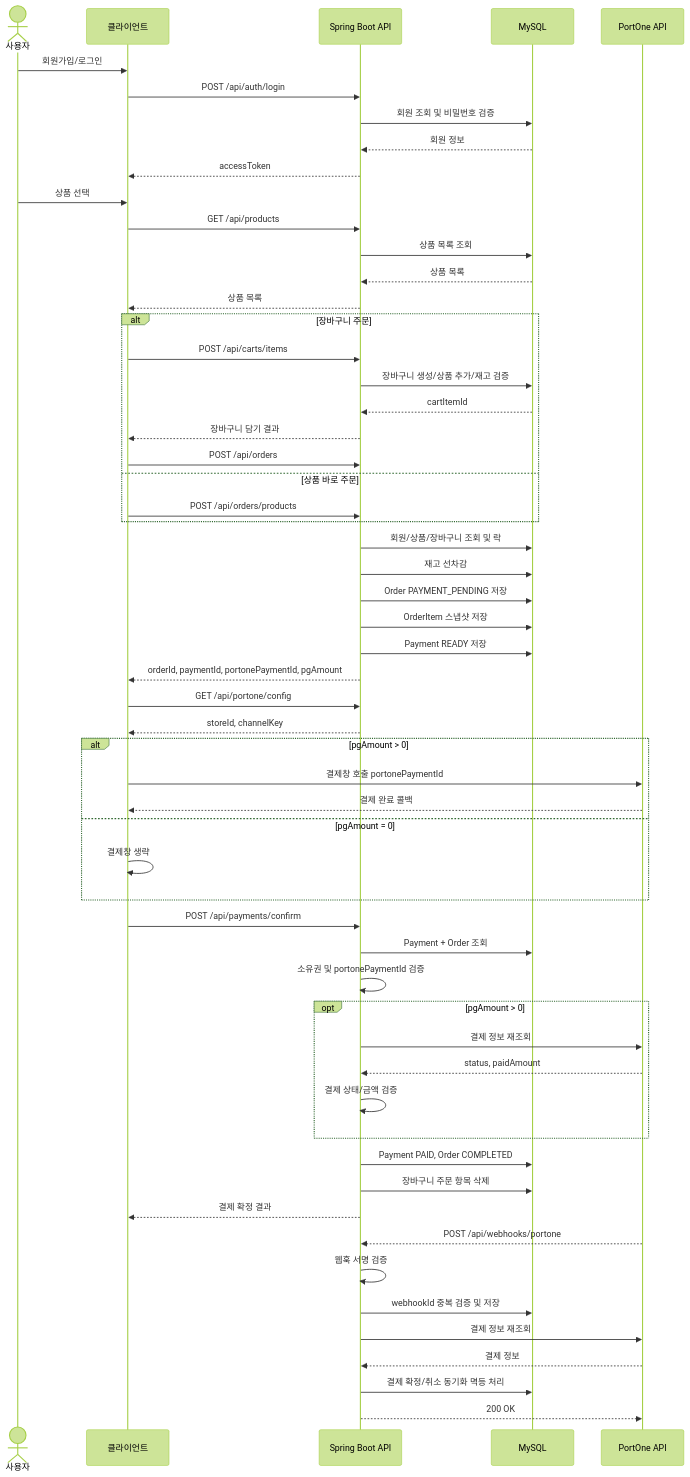
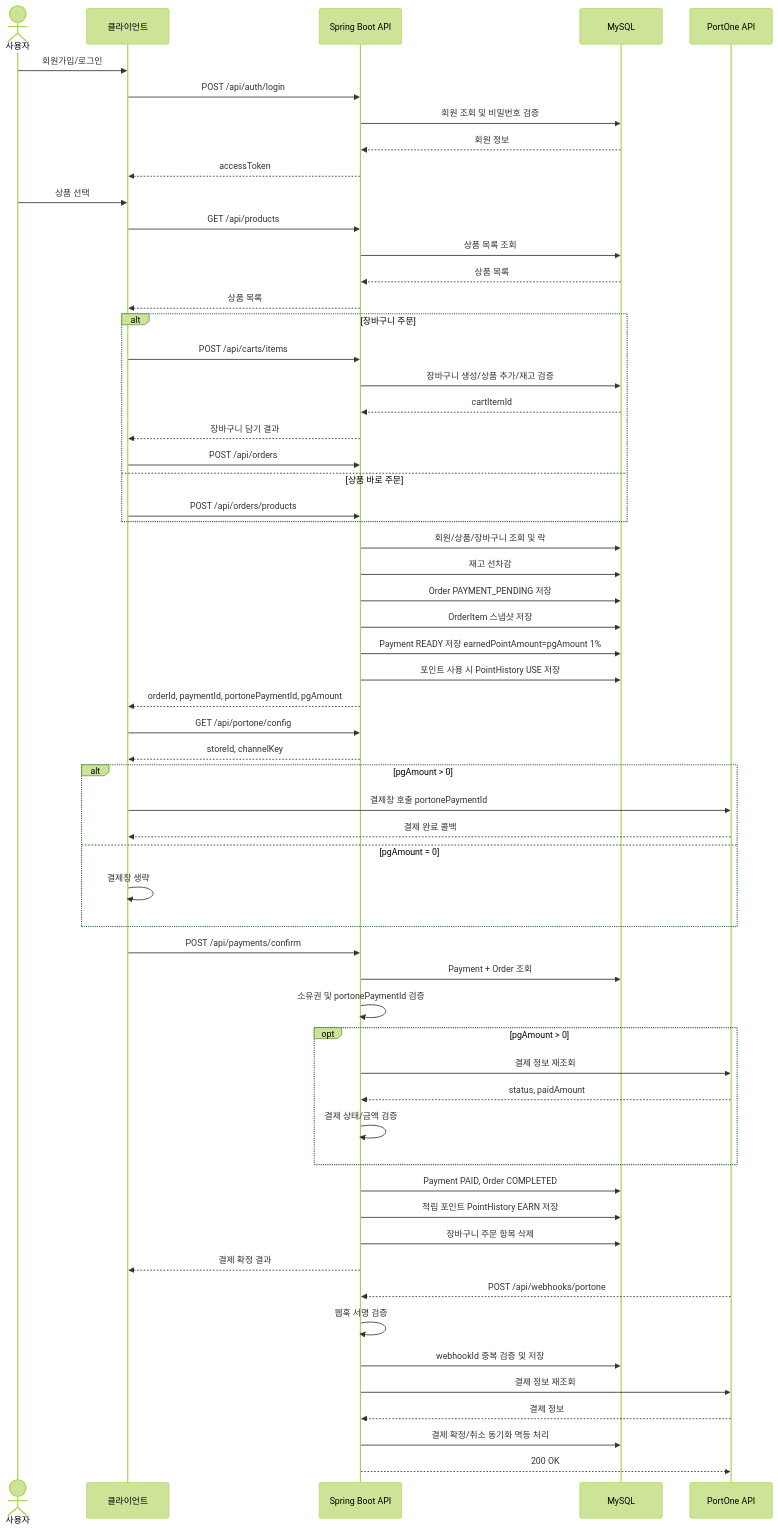
The second of 14 diagrams in docs/MERMAID_FLOW.md (hyeonseung-dev/payment-system), drawn with Mermaid (forest theme) before and after one commit. The commit also changed other lines of this file and 3 other files, not shown here.

````diff
--- a/docs/MERMAID_FLOW.md
+++ b/docs/MERMAID_FLOW.md
@@ -50,67 +50,69 @@
 ```mermaid
 sequenceDiagram
     actor User as 사용자
     participant Client as 클라이언트
     participant API as Spring Boot API
     participant DB as MySQL
     participant PortOne as PortOne API
 
     User->>Client: 회원가입/로그인
     Client->>API: POST /api/auth/login
     API->>DB: 회원 조회 및 비밀번호 검증
     DB-->>API: 회원 정보
     API-->>Client: accessToken
 
     User->>Client: 상품 선택
     Client->>API: GET /api/products
     API->>DB: 상품 목록 조회
     DB-->>API: 상품 목록
     API-->>Client: 상품 목록
 
     alt 장바구니 주문
         Client->>API: POST /api/carts/items
         API->>DB: 장바구니 생성/상품 추가/재고 검증
         DB-->>API: cartItemId
         API-->>Client: 장바구니 담기 결과
         Client->>API: POST /api/orders
     else 상품 바로 주문
         Client->>API: POST /api/orders/products
     end
 
     API->>DB: 회원/상품/장바구니 조회 및 락
     API->>DB: 재고 선차감
     API->>DB: Order PAYMENT_PENDING 저장
     API->>DB: OrderItem 스냅샷 저장
-    API->>DB: Payment READY 저장
+    API->>DB: Payment READY 저장 earnedPointAmount=pgAmount 1%
+    API->>DB: 포인트 사용 시 PointHistory USE 저장
     API-->>Client: orderId, paymentId, portonePaymentId, pgAmount
 
     Client->>API: GET /api/portone/config
     API-->>Client: storeId, channelKey
 
     alt pgAmount > 0
         Client->>PortOne: 결제창 호출 portonePaymentId
         PortOne-->>Client: 결제 완료 콜백
     else pgAmount = 0
         Client->>Client: 결제창 생략
     end
 
     Client->>API: POST /api/payments/confirm
     API->>DB: Payment + Order 조회
     API->>API: 소유권 및 portonePaymentId 검증
     opt pgAmount > 0
         API->>PortOne: 결제 정보 재조회
         PortOne-->>API: status, paidAmount
         API->>API: 결제 상태/금액 검증
     end
     API->>DB: Payment PAID, Order COMPLETED
+    API->>DB: 적립 포인트 PointHistory EARN 저장
     API->>DB: 장바구니 주문 항목 삭제
     API-->>Client: 결제 확정 결과
 
     PortOne-->>API: POST /api/webhooks/portone
     API->>API: 웹훅 서명 검증
     API->>DB: webhookId 중복 검증 및 저장
     API->>PortOne: 결제 정보 재조회
     PortOne-->>API: 결제 정보
     API->>DB: 결제 확정/취소 동기화 멱등 처리
     API-->>PortOne: 200 OK
 ```
````
